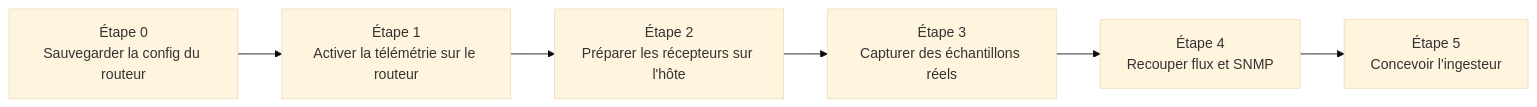
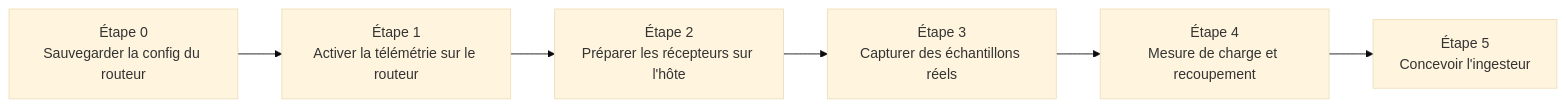
The diagram in docs/guides/01-telemetry-and-ingestion.fr.md (RStephanH/NAD), drawn with Mermaid (base theme) before and after one commit. The commit also changed other lines of this file and 1 other file, not shown here.

````diff
--- a/docs/guides/01-telemetry-and-ingestion.fr.md
+++ b/docs/guides/01-telemetry-and-ingestion.fr.md
@@ -69,8 +74,8 @@
 ```mermaid
 flowchart LR
   S0["Étape 0<br/>Sauvegarder la config du routeur"] --> S1["Étape 1<br/>Activer la télémétrie sur le routeur"]
   S1 --> S2["Étape 2<br/>Préparer les récepteurs sur l'hôte"]
   S2 --> S3["Étape 3<br/>Capturer des échantillons réels"]
-  S3 --> S4["Étape 4<br/>Recouper flux et SNMP"]
+  S3 --> S4["Étape 4<br/>Mesure de charge et recoupement"]
   S4 --> S5["Étape 5<br/>Concevoir l'ingesteur"]
 ```
````
